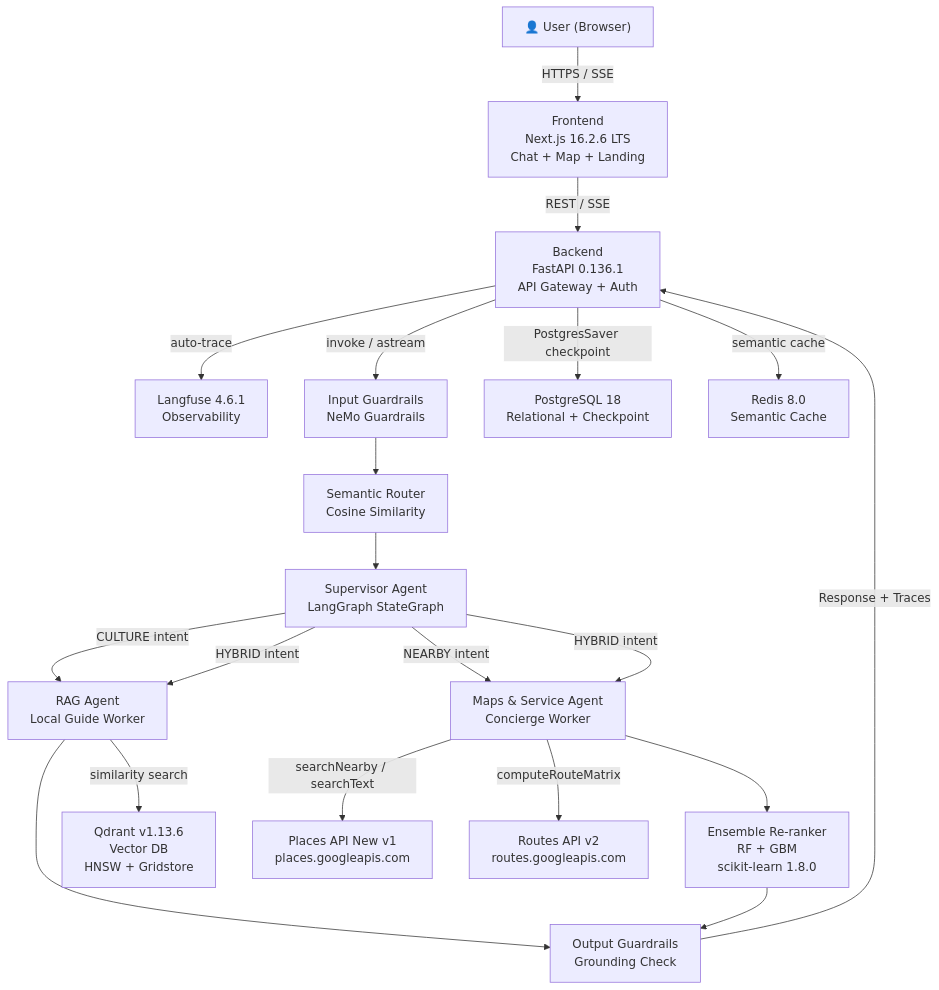
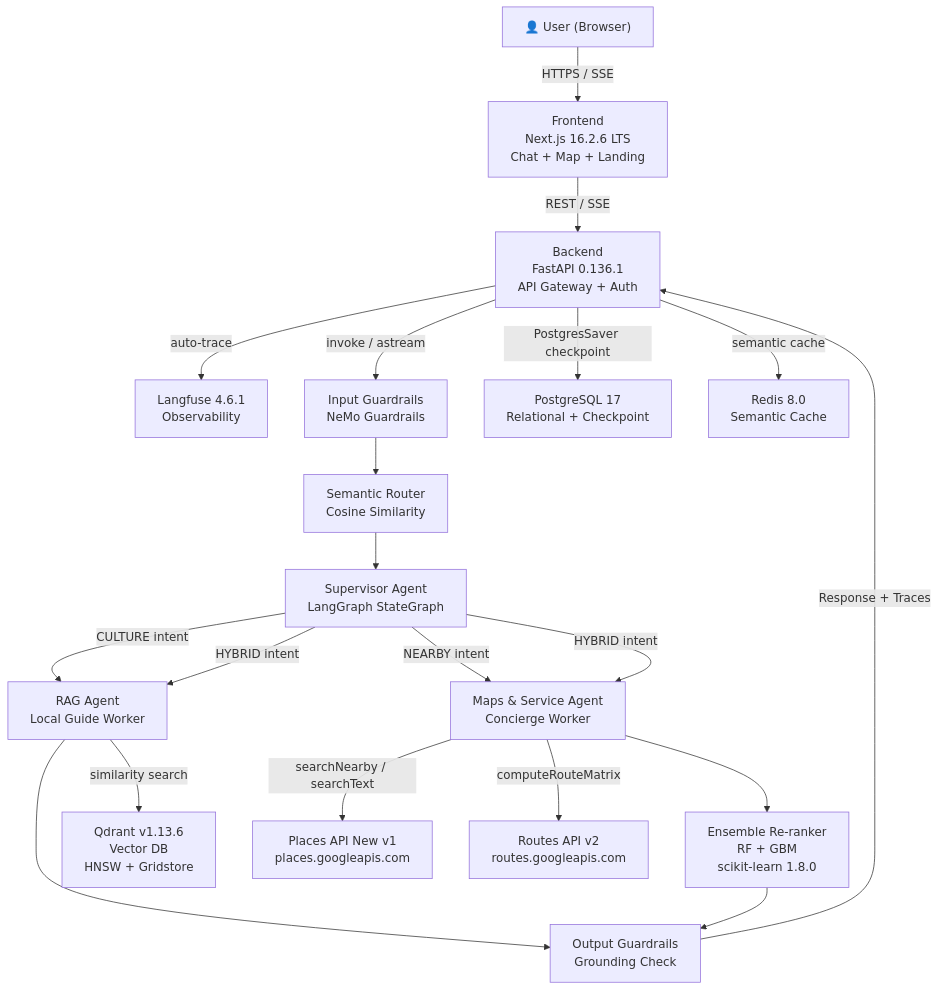
One commit to thanhnndev/citd-hk1-project changed the first of 10 diagrams in docs/REQUIREMENTS.md. Above: the diagram before and after it, drawn with Mermaid. The commit also changed other lines of this file, not shown here.

````diff
--- a/docs/REQUIREMENTS.md
+++ b/docs/REQUIREMENTS.md
@@ -300,41 +333,41 @@
 ```mermaid
 graph TD
     User["👤 User (Browser)"]
     FE["Frontend\nNext.js 16.2.6 LTS\nChat + Map + Landing"]
     BE["Backend\nFastAPI 0.136.1\nAPI Gateway + Auth"]
     LF["Langfuse 4.6.1\nObservability"]
 
     IG["Input Guardrails\nNeMo Guardrails"]
     SR["Semantic Router\nCosine Similarity"]
     SUP["Supervisor Agent\nLangGraph StateGraph"]
     RAG["RAG Agent\nLocal Guide Worker"]
     MAPS["Maps & Service Agent\nConcierge Worker"]
     RR["Ensemble Re-ranker\nRF + GBM\nscikit-learn 1.8.0"]
     OG["Output Guardrails\nGrounding Check"]
 
     QD["Qdrant v1.13.6\nVector DB\nHNSW + Gridstore"]
     PA["Places API New v1\nplaces.googleapis.com"]
     RT["Routes API v2\nroutes.googleapis.com"]
-    PG["PostgreSQL 18\nRelational + Checkpoint"]
+    PG["PostgreSQL 17\nRelational + Checkpoint"]
     RD["Redis 8.0\nSemantic Cache"]
 
     User -->|HTTPS / SSE| FE
     FE -->|REST / SSE| BE
     BE -->|invoke / astream| IG
     BE -->|auto-trace| LF
     IG --> SR
     SR --> SUP
     SUP -->|CULTURE intent| RAG
     SUP -->|NEARBY intent| MAPS
     SUP -->|HYBRID intent| RAG
     SUP -->|HYBRID intent| MAPS
     RAG -->|similarity search| QD
     MAPS -->|searchNearby / searchText| PA
     MAPS -->|computeRouteMatrix| RT
     MAPS --> RR
     RAG --> OG
     RR --> OG
     OG -->|Response + Traces| BE
     BE -->|PostgresSaver checkpoint| PG
     BE -->|semantic cache| RD
 ```
````
